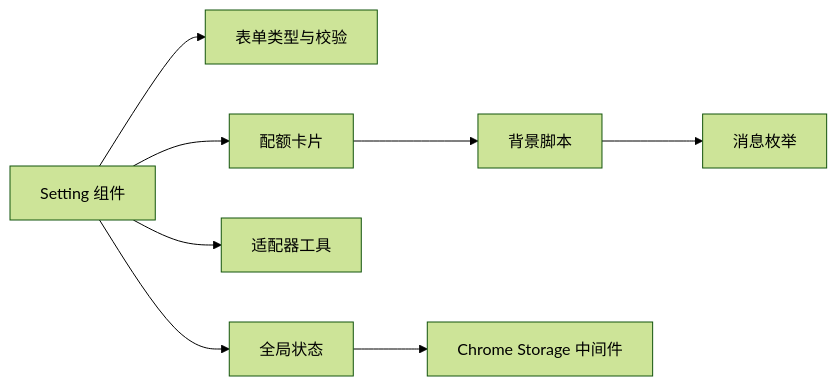
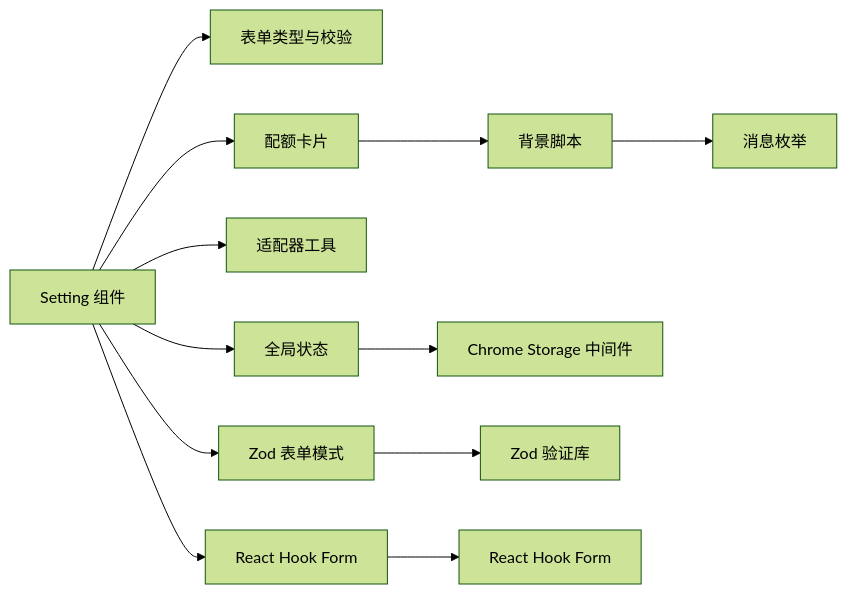
Before and after one commit to RadiumAg/bilibili-favorites: the seventh of 7 diagrams in .qoder/repowiki/zh/content/核心功能模块/配置管理系统.md, drawn with Mermaid (forest theme). The commit also changed other lines of this file and 21 other files, not shown here.

````diff
--- a/.qoder/repowiki/zh/content/核心功能模块/配置管理系统.md
+++ b/.qoder/repowiki/zh/content/核心功能模块/配置管理系统.md
@@ -320,10 +323,14 @@
 ```mermaid
 graph LR
 Setting["Setting 组件"] --> Types["表单类型与校验"]
 Setting --> Store["全局状态"]
 Setting --> Util["适配器工具"]
 Setting --> Quota["配额卡片"]
+Setting --> FormSchema["Zod 表单模式"]
+Setting --> FormProvider["React Hook Form"]
 Quota --> BG["背景脚本"]
 BG --> Msg["消息枚举"]
 Store --> MW["Chrome Storage 中间件"]
+FormSchema --> Zod["Zod 验证库"]
+FormProvider --> ReactHookForm["React Hook Form"]
 ```
````
